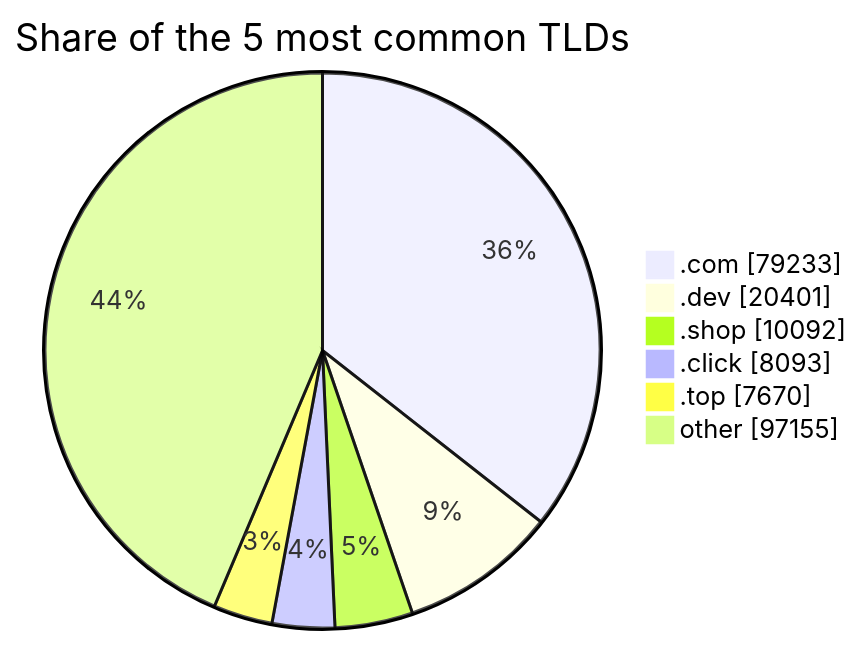
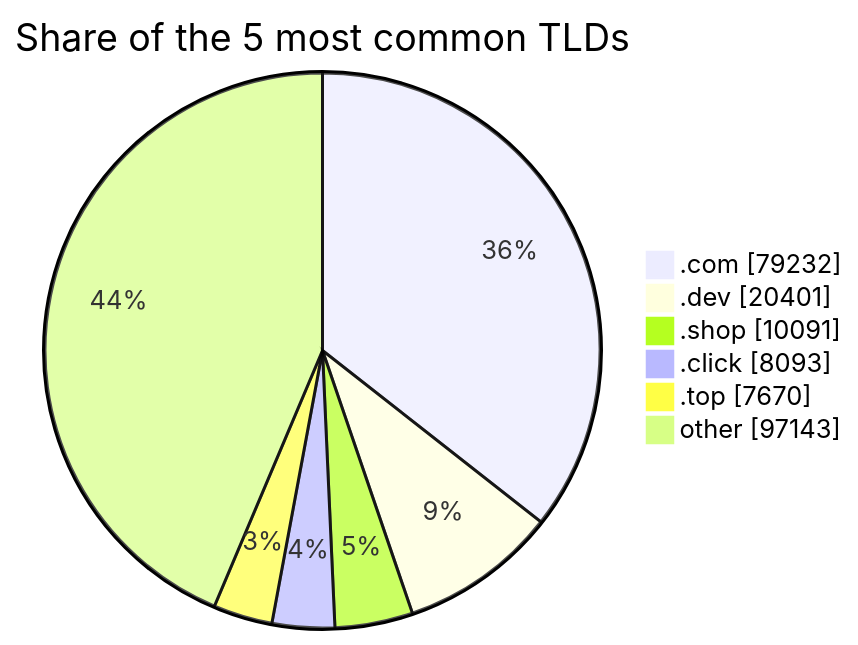
One commit to DNSBunker/CTI changed the third of 3 diagrams in README.md. Above: the diagram before and after it, drawn with Mermaid. The commit also changed other lines of this file and 3 other files, not shown here.

````diff
--- a/README.md
+++ b/README.md
@@ -81,9 +81,9 @@
 ```mermaid
 pie showData title Share of the 5 most common TLDs
-    ".com" : 79233
+    ".com" : 79232
     ".dev" : 20401
-    ".shop" : 10092
+    ".shop" : 10091
     ".click" : 8093
     ".top" : 7670
-    "other" : 97155
+    "other" : 97143
 ```
````
